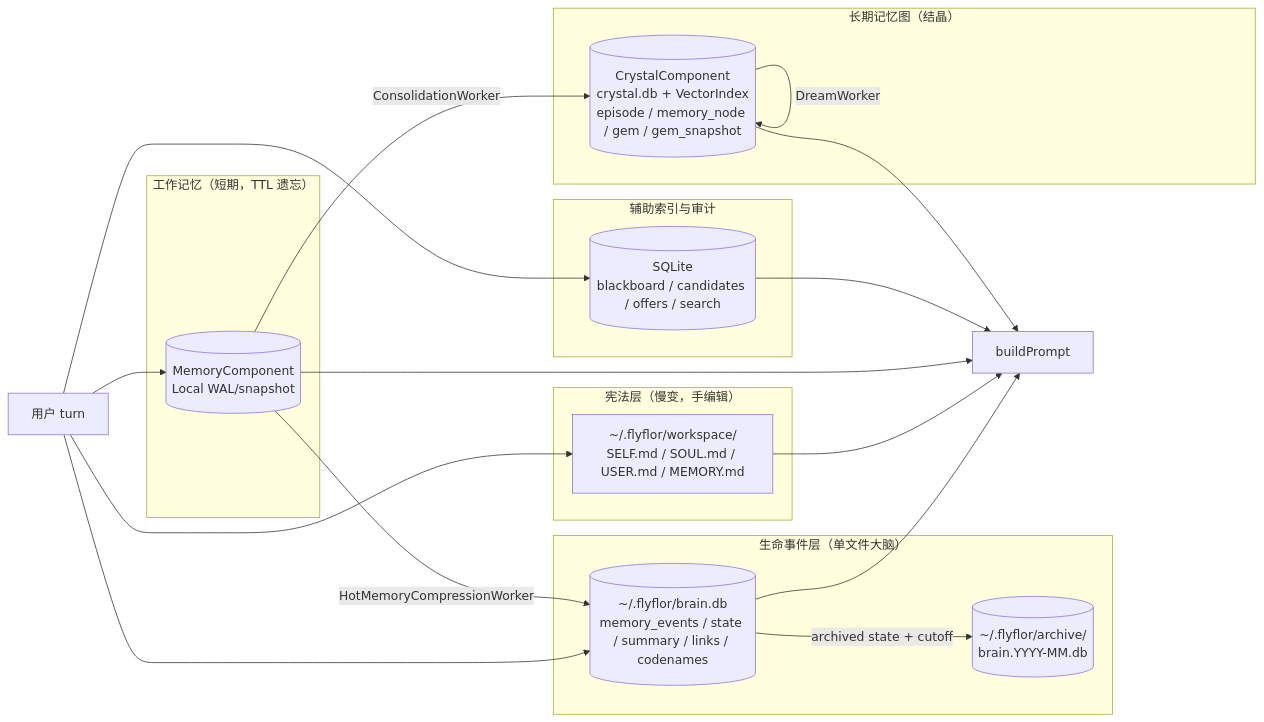
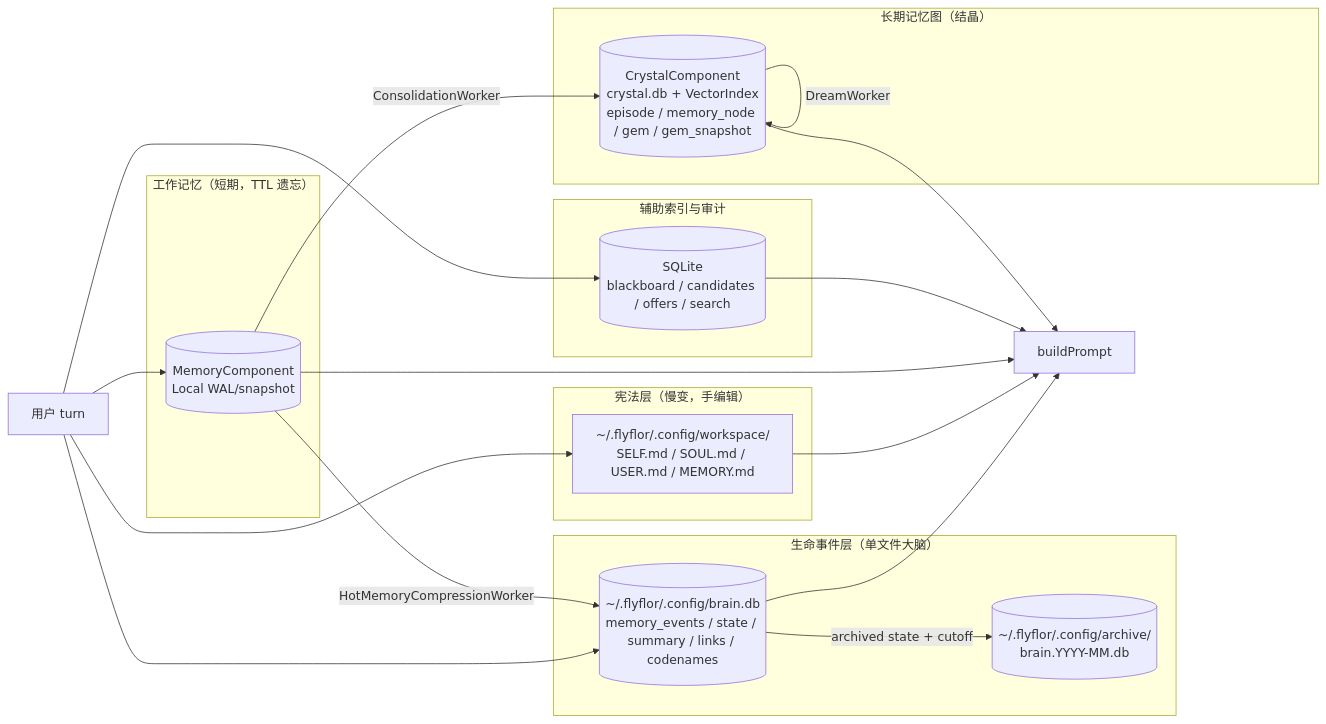
The first of 5 diagrams in docs/memory.system.md (flyflor/flyflor), drawn with Mermaid before and after one commit. The commit also changed other lines of this file and 54 other files, not shown here.

````diff
--- a/docs/memory.system.md
+++ b/docs/memory.system.md
@@ -34,37 +34,37 @@
 ```mermaid
 flowchart LR
     subgraph Constitutional["宪法层（慢变，手编辑）"]
-        Markdown["~/.flyflor/workspace/<br/>SELF.md / SOUL.md / USER.md / MEMORY.md"]
+        Markdown["~/.flyflor/.config/workspace/<br/>SELF.md / SOUL.md / USER.md / MEMORY.md"]
     end
 
     subgraph Working["工作记忆（短期，TTL 遗忘）"]
         Work[("MemoryComponent<br/>Local WAL/snapshot")]
     end
 
     subgraph Life["生命事件层（单文件大脑）"]
-        Brain[("~/.flyflor/brain.db<br/>memory_events / state / summary / links / codenames")]
-        Archive[("~/.flyflor/archive/<br/>brain.YYYY-MM.db")]
+        Brain[("~/.flyflor/.config/brain.db<br/>memory_events / state / summary / links / codenames")]
+        Archive[("~/.flyflor/.config/archive/<br/>brain.YYYY-MM.db")]
     end
 
     subgraph Index["辅助索引与审计"]
         SQLite[("SQLite<br/>blackboard / candidates / offers / search")]
     end
 
     subgraph LongTerm["长期记忆图（结晶）"]
         Crystal[("CrystalComponent<br/>crystal.db + VectorIndex<br/>episode / memory_node / gem / gem_snapshot")]
     end
 
     User["用户 turn"] --> Brain
     Brain -- archived state + cutoff --> Archive
     User --> Work
     Work -- ConsolidationWorker --> Crystal
     Work -- HotMemoryCompressionWorker --> Brain
     Crystal -- DreamWorker --> Crystal
     User --> Markdown
     User --> SQLite
     Markdown --> Prompt["buildPrompt"]
     Brain --> Prompt
     Work --> Prompt
     Crystal --> Prompt
     SQLite --> Prompt
 ```
````
